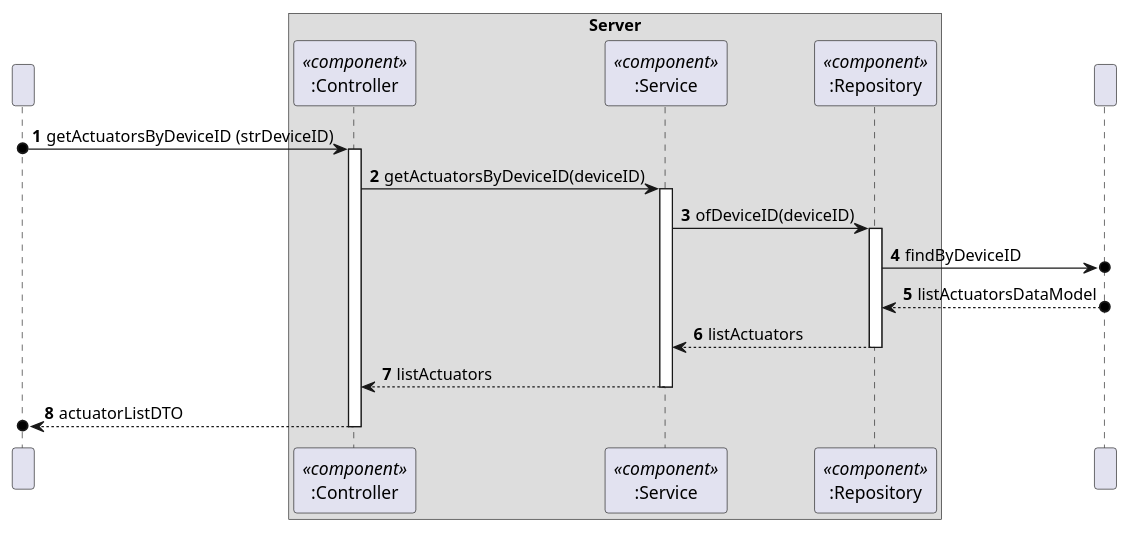
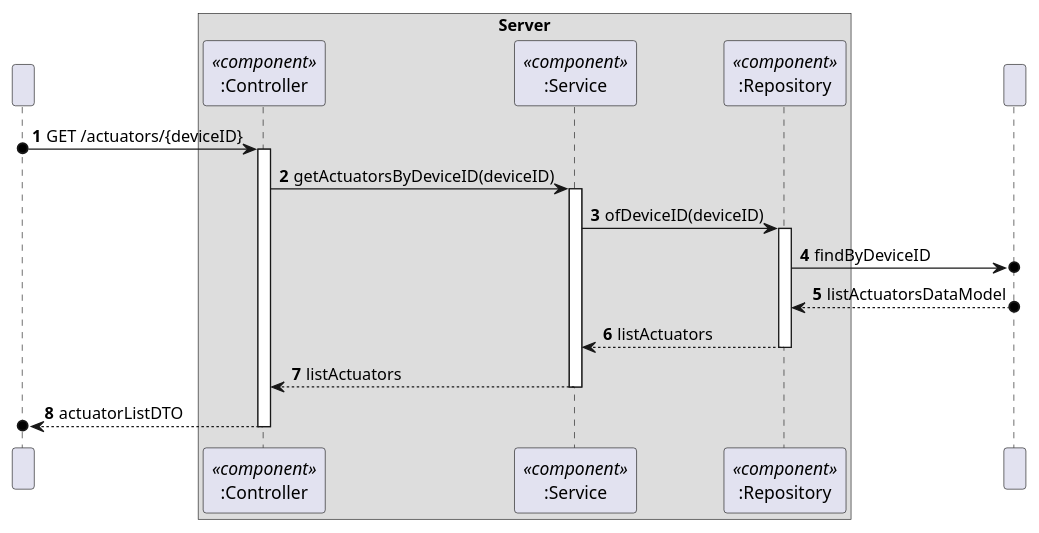
One commit to moutajDev/smarthome changed the diagram in docs/C4_4plus1_models/Level4/ProcessView/ProcessViewLevel4_UC15.puml. Above: the diagram before and after it, drawn with PlantUML. The commit also changed 38 other files, not shown here.

```diff
--- a/docs/C4_4plus1_models/Level4/ProcessView/ProcessViewLevel4_UC15.puml
+++ b/docs/C4_4plus1_models/Level4/ProcessView/ProcessViewLevel4_UC15.puml
@@ -1,40 +1,40 @@
 @startuml
 'https://plantuml.com/sequence-diagram
 !pragma layout smetana
 autonumber
 
 participant " " as HTTP
 
 box "Server"
 participant Controller as ":Controller"<<component>>
 participant Service as ":Service"<<component>>
 participant Repository as ":Repository"<<component>>
 end box
 participant DataBase as " "
 
-HTTP o-> Controller: getActuatorsByDeviceID (strDeviceID)
+HTTP o-> Controller: GET /actuators/{deviceID}
 activate Controller
 
 Controller -> Service : getActuatorsByDeviceID(deviceID)
 activate Service
 
 Service -> Repository: ofDeviceID(deviceID)
 activate Repository
 
 Repository ->o DataBase: findByDeviceID
 
 DataBase o--> Repository: listActuatorsDataModel
 
 Repository --> Service: listActuators
 deactivate Repository
 
 Service --> Controller: listActuators
 deactivate Service
 
 Controller -->o HTTP: actuatorListDTO
 deactivate Controller
 
 
 
 
 @enduml
```
